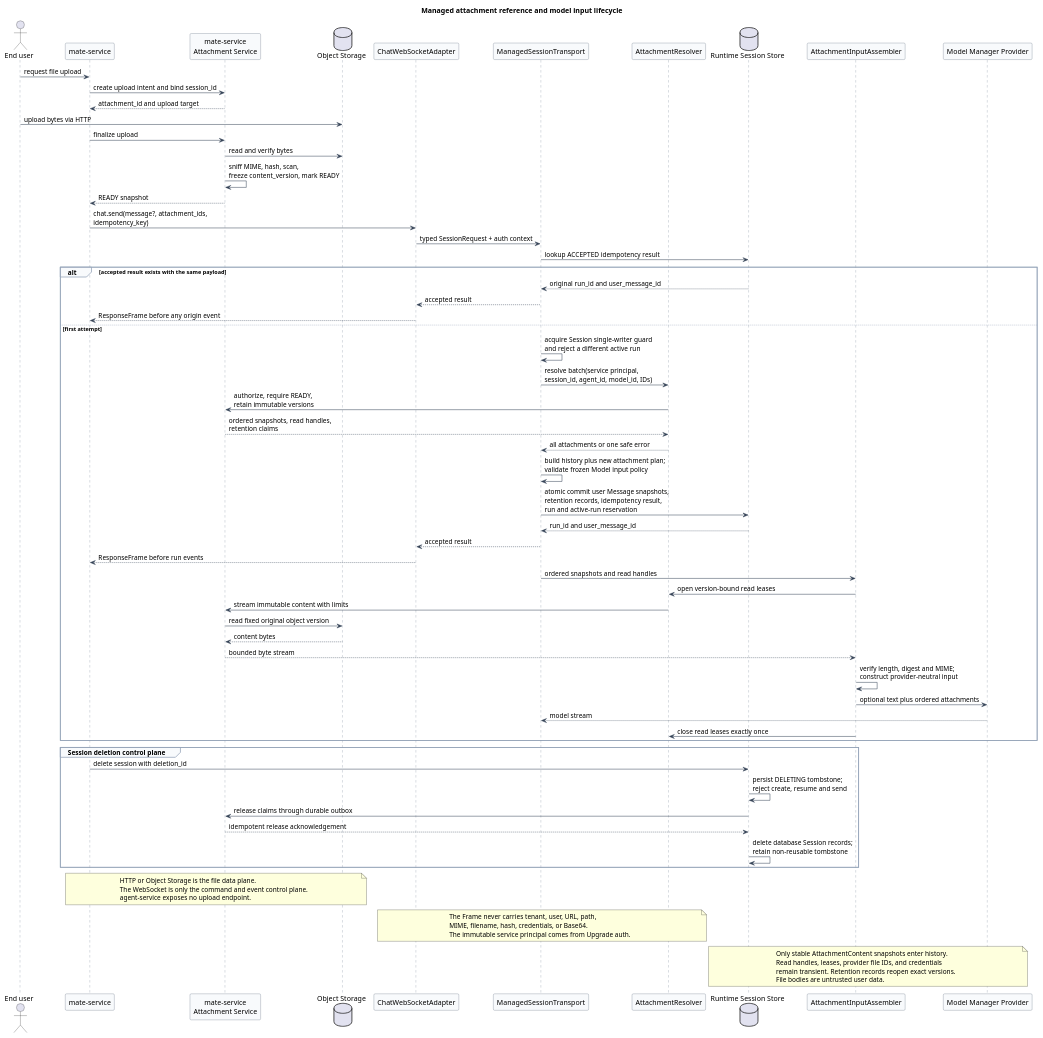
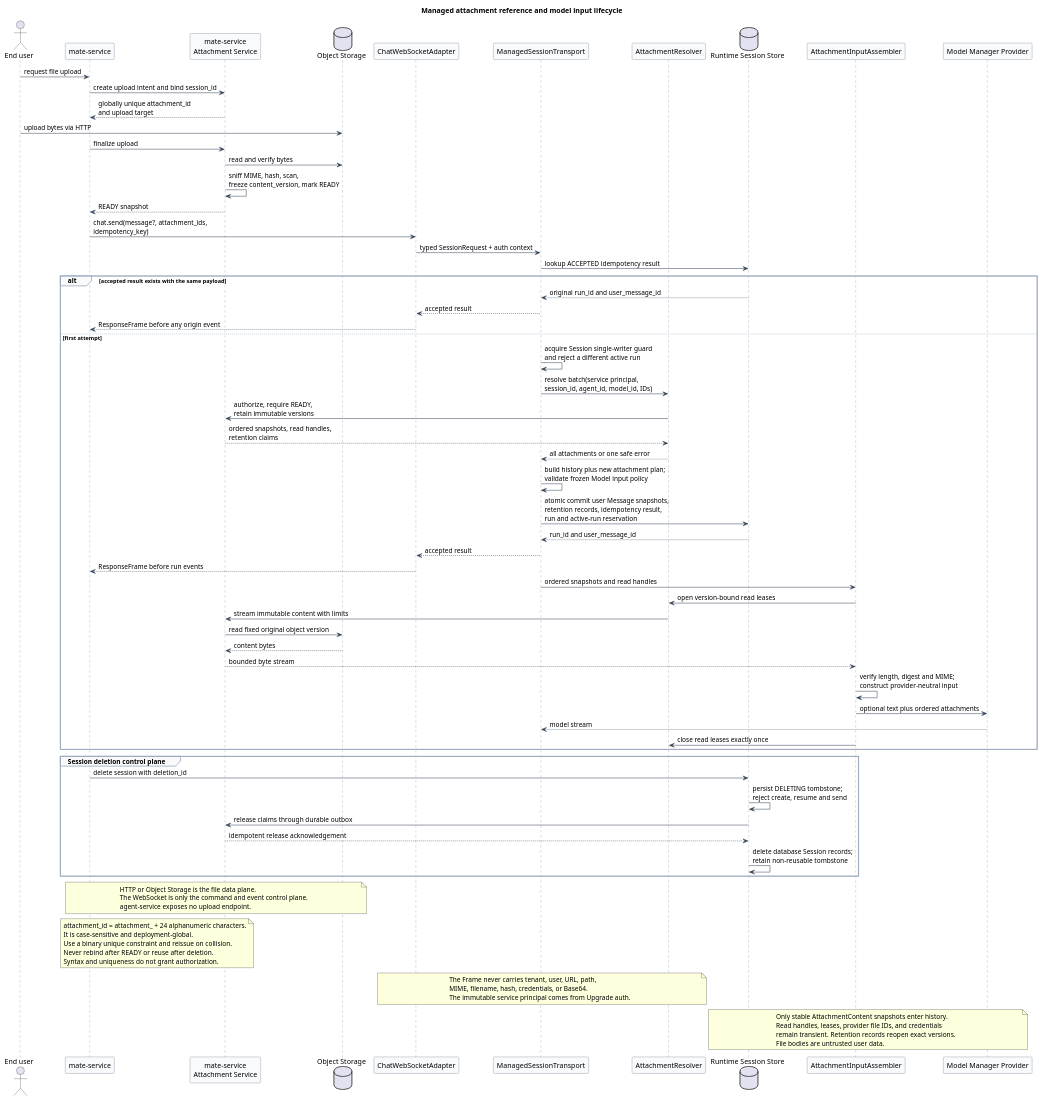
Before and after one commit to superheromeZzh/pi-mono-java-design: the eighth of 8 diagrams in pi-mono-java-manager-driven-multi-agent-runtime/diagram.puml, drawn with PlantUML. The commit also changed 5 other files, not shown here.

Commit message:
docs(agent): standardize attachment resource IDs

```diff
--- a/pi-mono-java-manager-driven-multi-agent-runtime/diagram.puml
+++ b/pi-mono-java-manager-driven-multi-agent-runtime/diagram.puml
@@ -720,110 +720,118 @@
 @startuml managed_attachment_reference_lifecycle
 title Managed attachment reference and model input lifecycle
 
 ' Source evidence (pi-mono fc85bdd88be93b1e9a6b6bcfa41c684282ec79cc):
 ' packages/agent/src/agent.ts, prompt(), lines 336-395
 ' packages/ai/src/types.ts, ImageContent, lines 345-349
 ' Source evidence (pi-mono-java 1f7a5423219edfa4519d8719f1cc8a188ed72873):
 ' modules/ai/src/main/java/com/campusclaw/ai/types/UserMessage.java, lines 20-31
 ' modules/ai/src/main/java/com/campusclaw/ai/types/ContentBlock.java, lines 17-24
 ' modules/ai/src/main/java/com/campusclaw/ai/types/ImageContent.java, lines 9-18
 ' docs/plans/ws-chat-followups.md, lines 12-37
 ' Observed behavior: both baselines can carry inline image content but do not
 ' define generic attachment references, immutable read handles, or retention claims.
 ' Target design: mate-service owns attachment upload and authority; WebSocket
-' carries opaque IDs and Runtime accepts only an all-or-nothing immutable batch.
+' carries globally unique opaque IDs and Runtime accepts only an all-or-nothing immutable batch.
 ' Design reason: keep large-object transfer off the Chat control plane, prevent
 ' client metadata forgery and TOCTOU, and preserve reproducible Session history.
 
 skinparam backgroundColor #FFFFFF
 skinparam shadowing false
 skinparam defaultFontName Arial
 skinparam sequence {
   ArrowColor #334155
   LifeLineBorderColor #64748B
   LifeLineBackgroundColor #F8FAFC
   ParticipantBorderColor #475569
   ParticipantBackgroundColor #F8FAFC
   GroupBorderColor #94A3B8
   GroupBackgroundColor #F8FAFC
 }
 
 actor "End user" as User
 participant "mate-service" as Upstream
 participant "mate-service\nAttachment Service" as Attach
 database "Object Storage" as ObjectStore
 participant "ChatWebSocketAdapter" as WS
 participant "ManagedSessionTransport" as Transport
 participant "AttachmentResolver" as Resolver
 database "Runtime Session Store" as Store
 participant "AttachmentInputAssembler" as Assembler
 participant "Model Manager Provider" as Model
 
 User -> Upstream : request file upload
 Upstream -> Attach : create upload intent and bind session_id
-Attach --> Upstream : attachment_id and upload target
+Attach --> Upstream : globally unique attachment_id\nand upload target
 User -> ObjectStore : upload bytes via HTTP
 Upstream -> Attach : finalize upload
 Attach -> ObjectStore : read and verify bytes
 Attach -> Attach : sniff MIME, hash, scan,\nfreeze content_version, mark READY
 Attach --> Upstream : READY snapshot
 
 Upstream -> WS : chat.send(message?, attachment_ids,\nidempotency_key)
 WS -> Transport : typed SessionRequest + auth context
 Transport -> Store : lookup ACCEPTED idempotency result
 
 alt accepted result exists with the same payload
   Store --> Transport : original run_id and user_message_id
   Transport --> WS : accepted result
   WS --> Upstream : ResponseFrame before any origin event
 else first attempt
   Transport -> Transport : acquire Session single-writer guard\nand reject a different active run
   Transport -> Resolver : resolve batch(service principal,\nsession_id, agent_id, model_id, IDs)
   Resolver -> Attach : authorize, require READY,\nretain immutable versions
   Attach --> Resolver : ordered snapshots, read handles,\nretention claims
   Resolver --> Transport : all attachments or one safe error
   Transport -> Transport : build history plus new attachment plan;\nvalidate frozen Model input policy
   Transport -> Store : atomic commit user Message snapshots,\nretention records, idempotency result,\nrun and active-run reservation
   Store --> Transport : run_id and user_message_id
   Transport --> WS : accepted result
   WS --> Upstream : ResponseFrame before run events
 
   Transport -> Assembler : ordered snapshots and read handles
   Assembler -> Resolver : open version-bound read leases
   Resolver -> Attach : stream immutable content with limits
   Attach -> ObjectStore : read fixed original object version
   ObjectStore --> Attach : content bytes
   Attach --> Assembler : bounded byte stream
   Assembler -> Assembler : verify length, digest and MIME;\nconstruct provider-neutral input
   Assembler -> Model : optional text plus ordered attachments
   Model --> Transport : model stream
   Assembler -> Resolver : close read leases exactly once
 end
 
 group Session deletion control plane
   Upstream -> Store : delete session with deletion_id
   Store -> Store : persist DELETING tombstone;\nreject create, resume and send
   Store -> Attach : release claims through durable outbox
   Attach --> Store : idempotent release acknowledgement
   Store -> Store : delete database Session records;\nretain non-reusable tombstone
 end
 
 note over Upstream,ObjectStore
 HTTP or Object Storage is the file data plane.
 The WebSocket is only the command and event control plane.
 agent-service exposes no upload endpoint.
 end note
 
+note over Upstream,Attach
+attachment_id = attachment_ + 24 alphanumeric characters.
+It is case-sensitive and deployment-global.
+Use a binary unique constraint and reissue on collision.
+Never rebind after READY or reuse after deletion.
+Syntax and uniqueness do not grant authorization.
+end note
+
 note over WS,Resolver
 The Frame never carries tenant, user, URL, path,
 MIME, filename, hash, credentials, or Base64.
 The immutable service principal comes from Upgrade auth.
 end note
 
 note over Store,Model
 Only stable AttachmentContent snapshots enter history.
 Read handles, leases, provider file IDs, and credentials
 remain transient. Retention records reopen exact versions.
 File bodies are untrusted user data.
 end note
 @enduml
```
